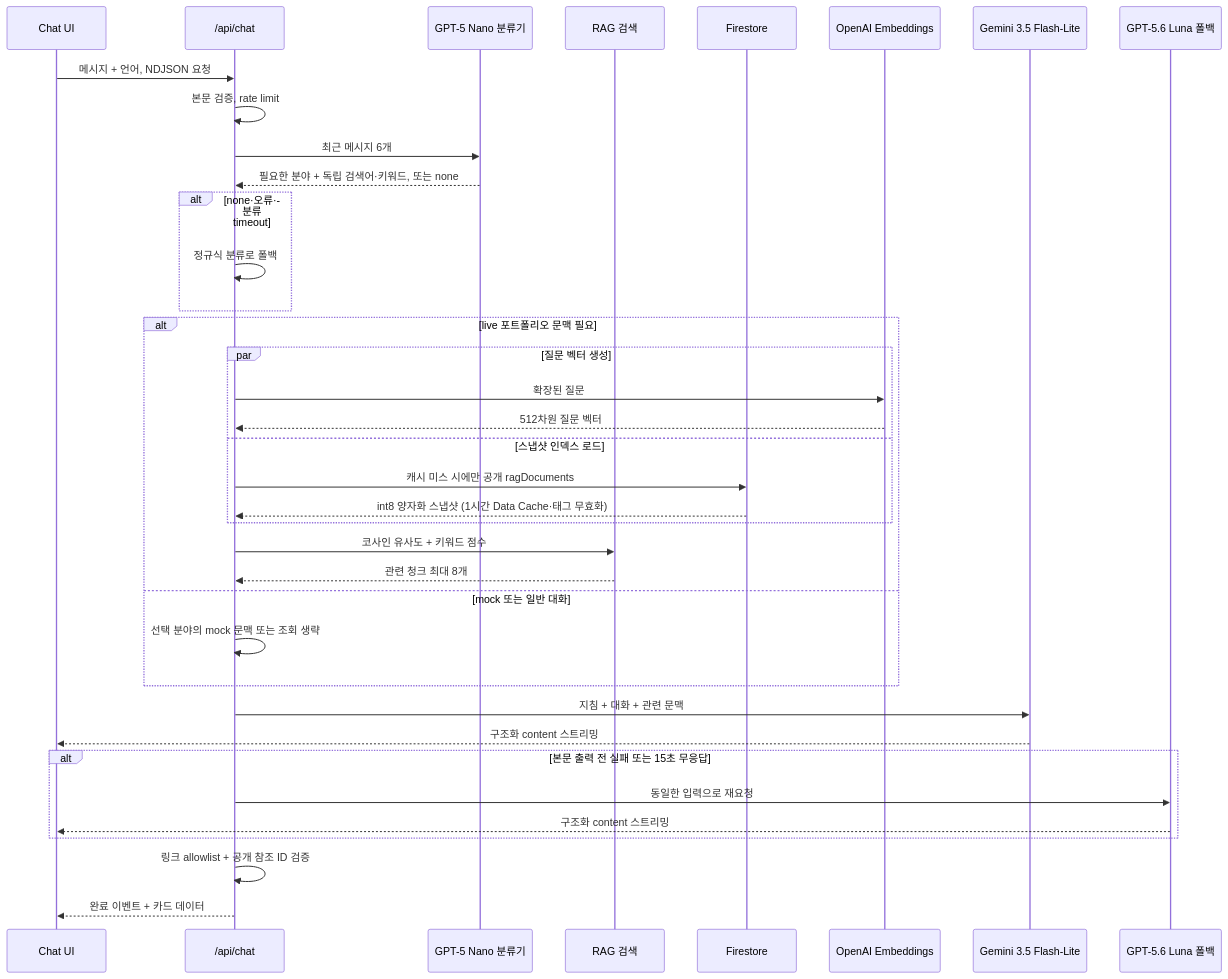
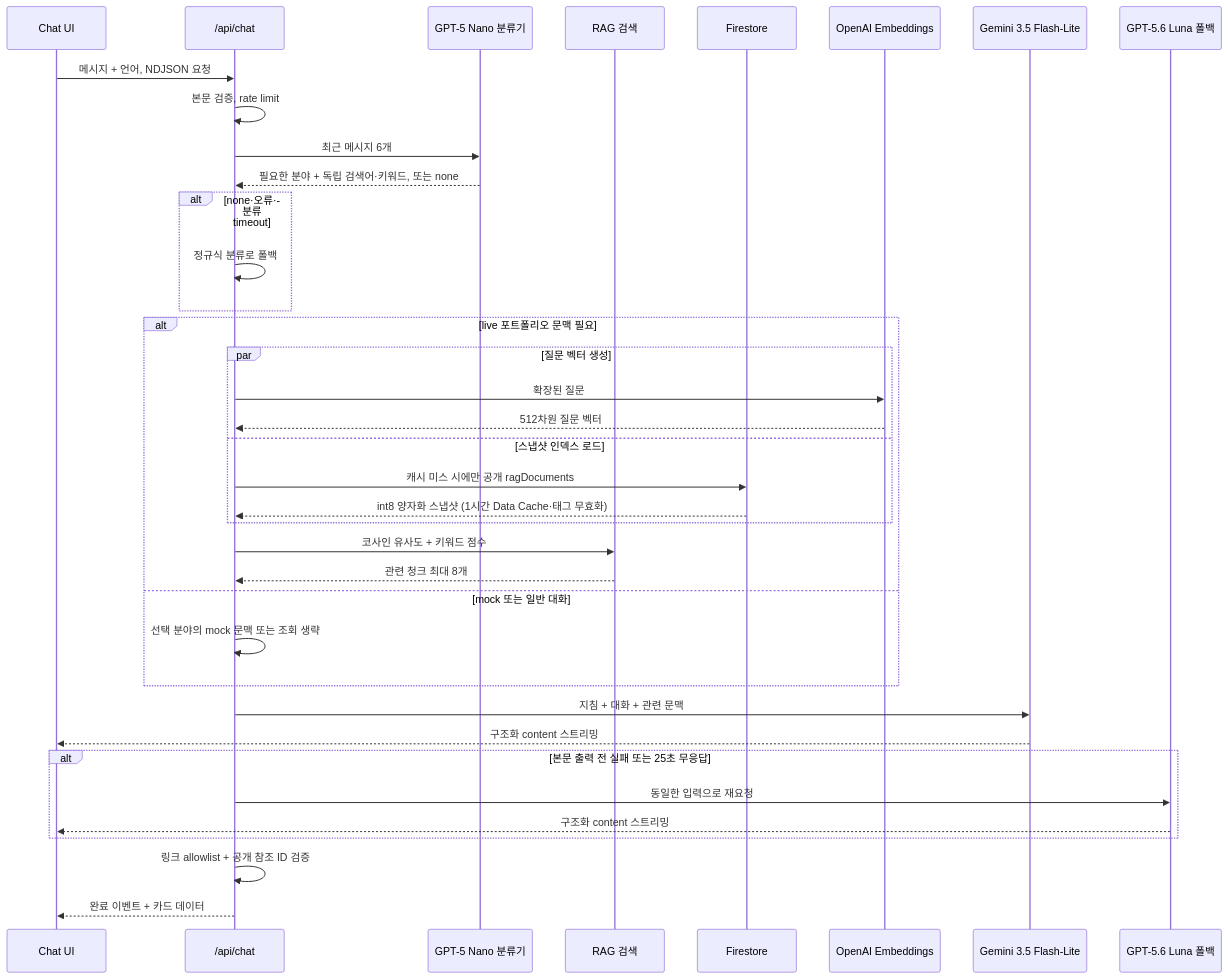
The second of 5 diagrams in docs/chatbot-search-architecture.md (SJLee-0525/aperture), drawn with Mermaid before and after one commit. The commit also changed other lines of this file and 4 other files, not shown here.

````diff
--- a/docs/chatbot-search-architecture.md
+++ b/docs/chatbot-search-architecture.md
@@ -83,40 +83,40 @@
 ```mermaid
 sequenceDiagram
     participant UI as Chat UI
     participant API as /api/chat
     participant N as GPT-5 Nano 분류기
     participant RAG as RAG 검색
     participant FS as Firestore
     participant EMB as OpenAI Embeddings
     participant P as Gemini 3.5 Flash-Lite
     participant O as GPT-5.6 Luna 폴백
 
     UI->>API: 메시지 + 언어, NDJSON 요청
     API->>API: 본문 검증, rate limit
     API->>N: 최근 메시지 6개
     N-->>API: 필요한 분야 + 독립 검색어·키워드, 또는 none
     alt none·오류·분류 timeout
         API->>API: 정규식 분류로 폴백
     end
     alt live 포트폴리오 문맥 필요
         par 질문 벡터 생성
             API->>EMB: 확장된 질문
             EMB-->>API: 512차원 질문 벡터
         and 스냅샷 인덱스 로드
             API->>FS: 캐시 미스 시에만 공개 ragDocuments
             FS-->>API: int8 양자화 스냅샷 (1시간 Data Cache·태그 무효화)
         end
         API->>RAG: 코사인 유사도 + 키워드 점수
         RAG-->>API: 관련 청크 최대 8개
     else mock 또는 일반 대화
         API->>API: 선택 분야의 mock 문맥 또는 조회 생략
     end
     API->>P: 지침 + 대화 + 관련 문맥
     P-->>UI: 구조화 content 스트리밍
-    alt 본문 출력 전 실패 또는 15초 무응답
+    alt 본문 출력 전 실패 또는 25초 무응답
         API->>O: 동일한 입력으로 재요청
         O-->>UI: 구조화 content 스트리밍
     end
     API->>API: 링크 allowlist + 공개 참조 ID 검증
     API-->>UI: 완료 이벤트 + 카드 데이터
 ```
````
